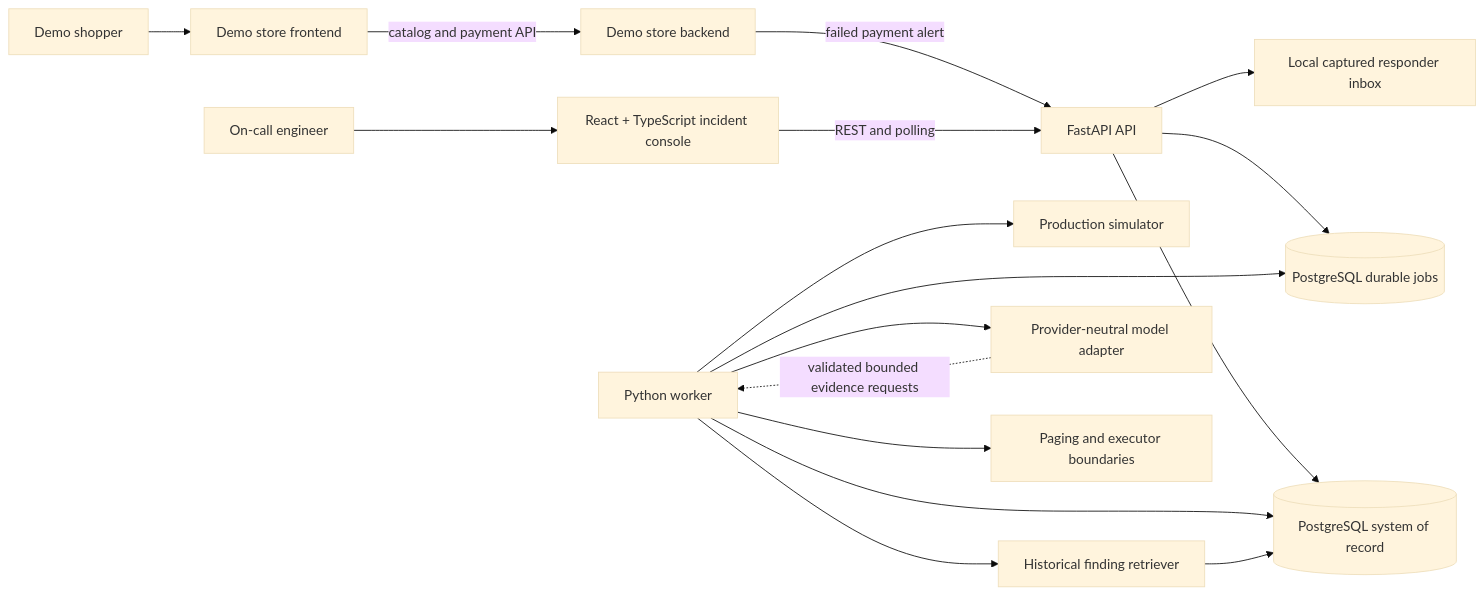
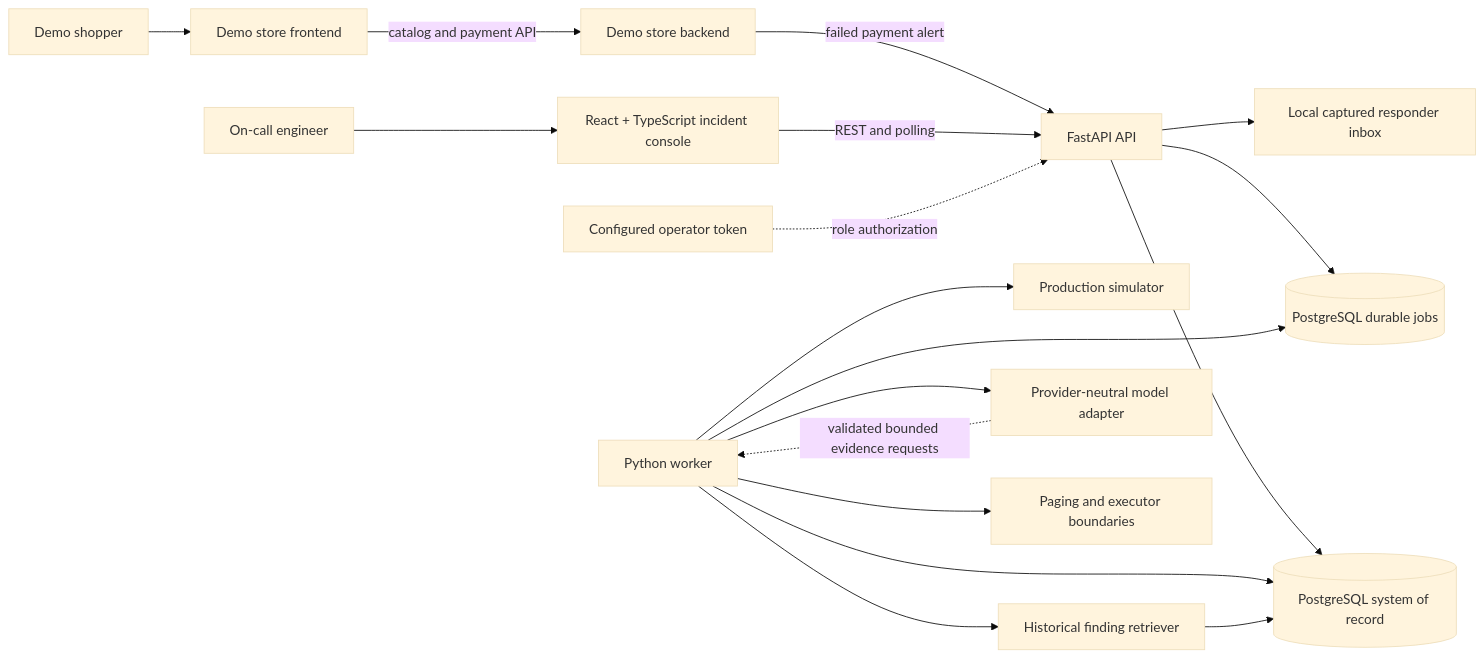
One commit to safayavatsal/hero-vired-assignment changed the diagram in _plan_docs/_hld_docs/00-system-architecture.md. Above: the diagram before and after it, drawn with Mermaid (base theme). The commit also changed other lines of this file and 15 other files, not shown here.

````diff
--- a/_plan_docs/_hld_docs/00-system-architecture.md
+++ b/_plan_docs/_hld_docs/00-system-architecture.md
@@ -7,19 +7,20 @@
 ```mermaid
 flowchart LR
     Shopper[Demo shopper] --> Storefront[Demo store frontend]
     Storefront -->|catalog and payment API| StoreAPI[Demo store backend]
     StoreAPI -->|failed payment alert| API
     Responder[On-call engineer] --> UI[React + TypeScript incident console]
     UI -->|REST and polling| API[FastAPI API]
+    Operator[Configured operator token] -.->|role authorization| API
     API --> Store[(PostgreSQL system of record)]
     API --> Jobs[(PostgreSQL durable jobs)]
     Worker[Python worker] --> Jobs
     Worker --> Store
     Worker --> Simulator[Production simulator]
     Worker --> Retrieval[Historical finding retriever]
     Retrieval --> Store
     Worker --> Model[Provider-neutral model adapter]
     Model -.->|validated bounded evidence requests| Worker
     Worker --> Pager[Paging and executor boundaries]
     API --> Inbox[Local captured responder inbox]
 ```
````
